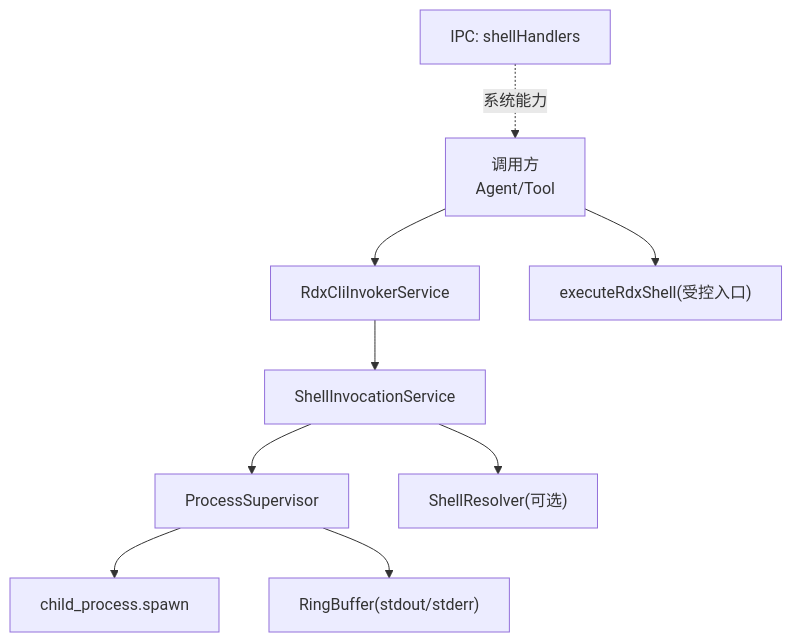
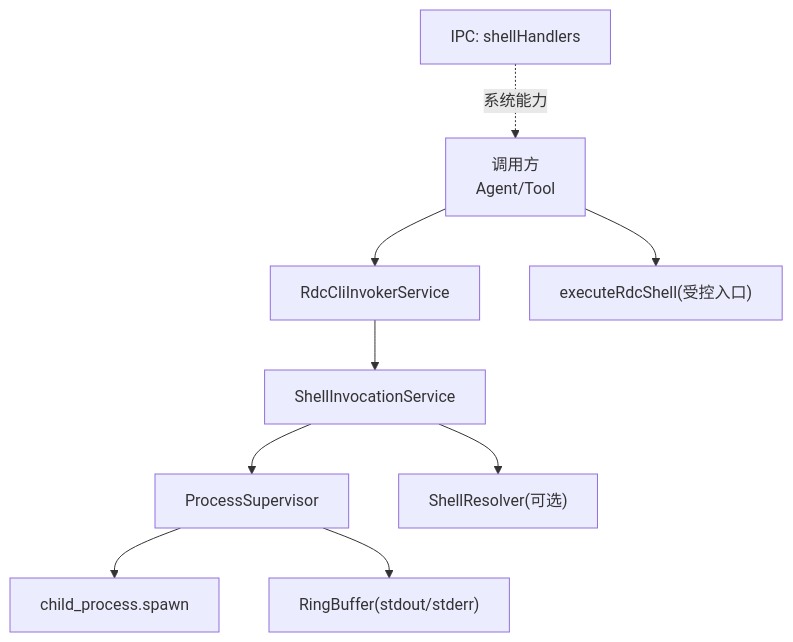
The first of 5 diagrams in .qoder/repowiki/zh/content/架构设计/核心组件设计/CLI调用器设计/Shell执行引擎.md (haolange/RDC-Agent), drawn with Mermaid before and after one commit. The commit also changed other lines of this file and 557 other files, not shown here.

First line of the commit message:
Unify RDC-Agent identity and canonical RDC-Tool integration

````diff
--- a/.qoder/repowiki/zh/content/架构设计/核心组件设计/CLI调用器设计/Shell执行引擎.md
+++ b/.qoder/repowiki/zh/content/架构设计/核心组件设计/CLI调用器设计/Shell执行引擎.md
@@ -35,11 +35,11 @@
 ```mermaid
 graph TB
-A["调用方<br/>Agent/Tool"] --> B["RdxCliInvokerService"]
+A["调用方<br/>Agent/Tool"] --> B["RdcCliInvokerService"]
 B --> C["ShellInvocationService"]
 C --> D["ProcessSupervisor"]
 D --> E["child_process.spawn"]
 D --> F["RingBuffer(stdout/stderr)"]
 C --> G["ShellResolver(可选)"]
-A --> H["executeRdxShell(受控入口)"]
+A --> H["executeRdcShell(受控入口)"]
 I["IPC: shellHandlers"] -.->|系统能力| A
 ```
````
